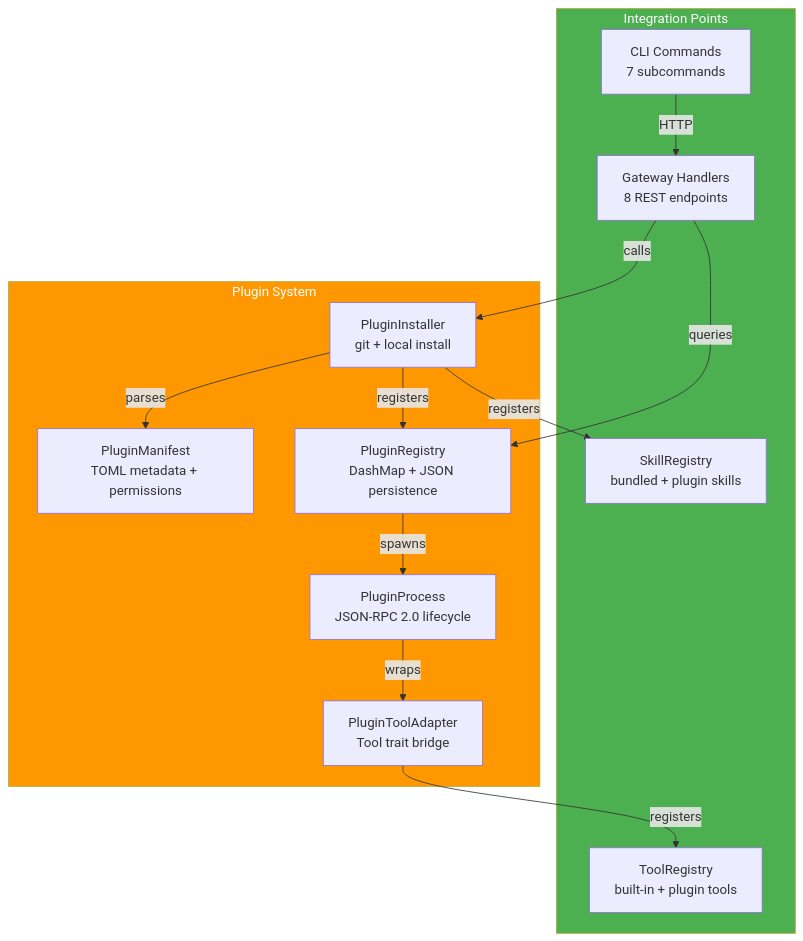
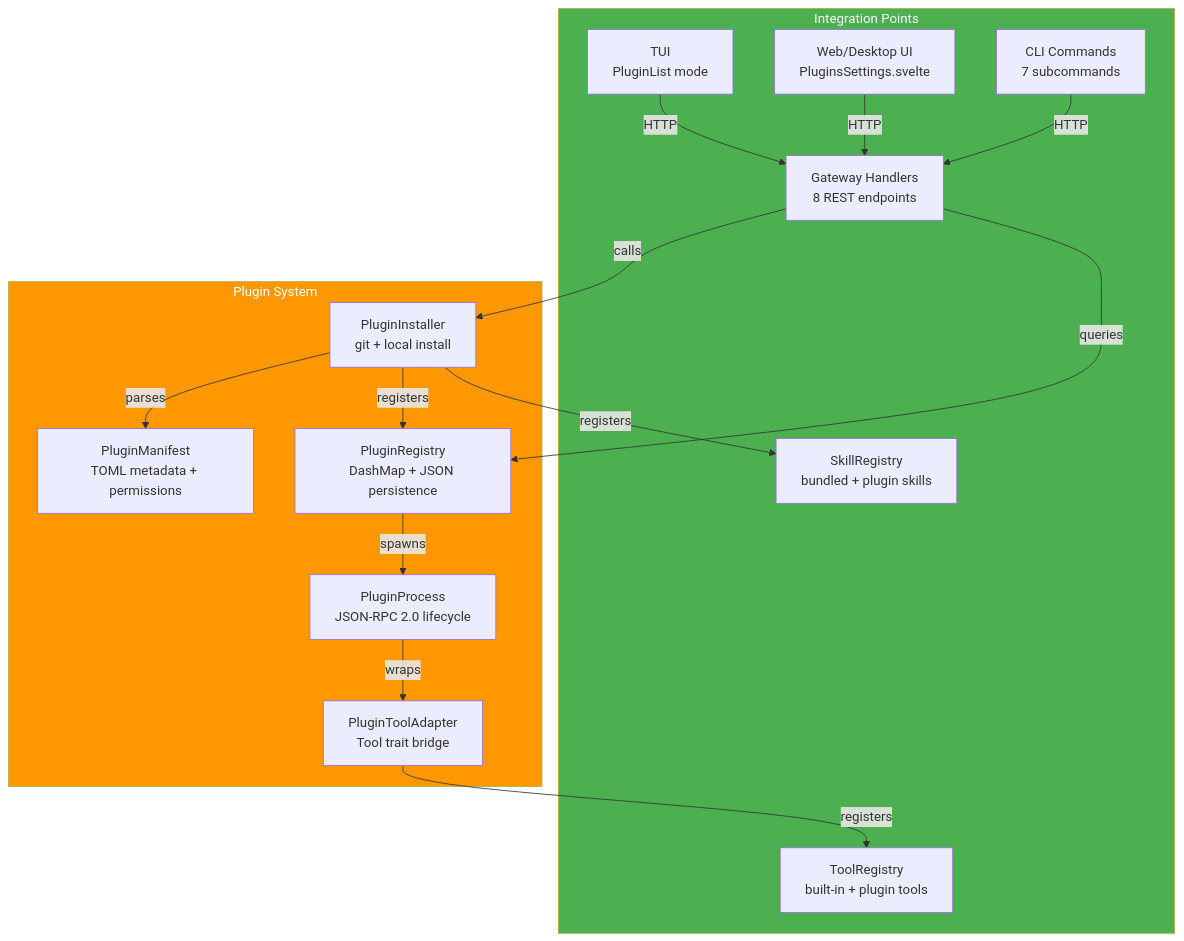
One commit to sprklai/mesoclaw changed diagram 21 of 27 in docs/architecture.md. Above: the diagram before and after it, drawn with Mermaid. The commit also changed other lines of this file and 10 other files, not shown here.

First line of the commit message:
feat: enable plugin UI across Desktop, TUI and update docs

````diff
--- a/docs/architecture.md
+++ b/docs/architecture.md
@@ -1333,30 +1333,34 @@
 ```mermaid
 graph TD
     subgraph PluginSystem["Plugin System"]
         Manifest["PluginManifest<br>TOML metadata + permissions"]
         Registry["PluginRegistry<br>DashMap + JSON persistence"]
         Process["PluginProcess<br>JSON-RPC 2.0 lifecycle"]
         Adapter["PluginToolAdapter<br>Tool trait bridge"]
         Installer["PluginInstaller<br>git + local install"]
     end
 
     subgraph Integration["Integration Points"]
         ToolReg["ToolRegistry<br>built-in + plugin tools"]
         SkillReg["SkillRegistry<br>bundled + plugin skills"]
         GWHandlers["Gateway Handlers<br>8 REST endpoints"]
         CLICmds["CLI Commands<br>7 subcommands"]
+        WebUI["Web/Desktop UI<br>PluginsSettings.svelte"]
+        TUIUI["TUI<br>PluginList mode"]
     end
 
     Installer -->|parses| Manifest
     Installer -->|registers| Registry
     Registry -->|spawns| Process
     Process -->|wraps| Adapter
     Adapter -->|registers| ToolReg
     Installer -->|registers| SkillReg
     GWHandlers -->|queries| Registry
     GWHandlers -->|calls| Installer
     CLICmds -->|HTTP| GWHandlers
+    WebUI -->|HTTP| GWHandlers
+    TUIUI -->|HTTP| GWHandlers
 
     style PluginSystem fill:#FF9800,color:#fff
     style Integration fill:#4CAF50,color:#fff
 ```
````
